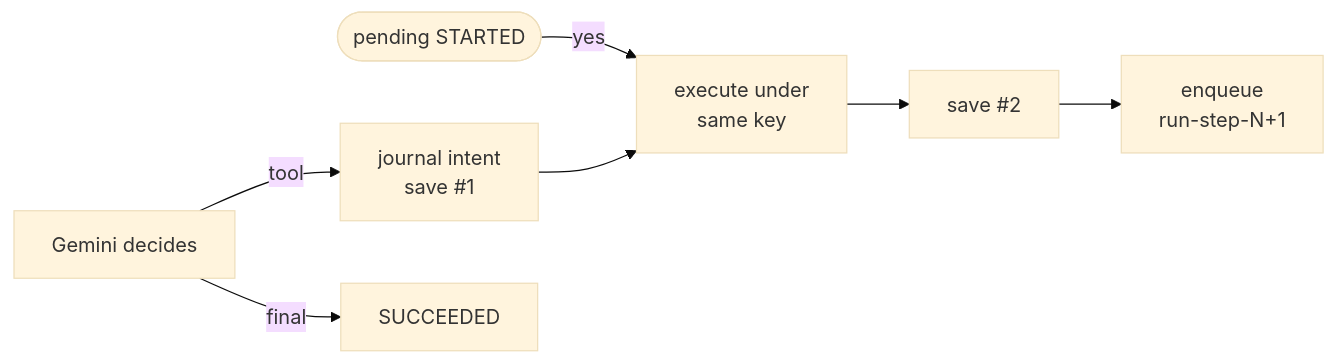
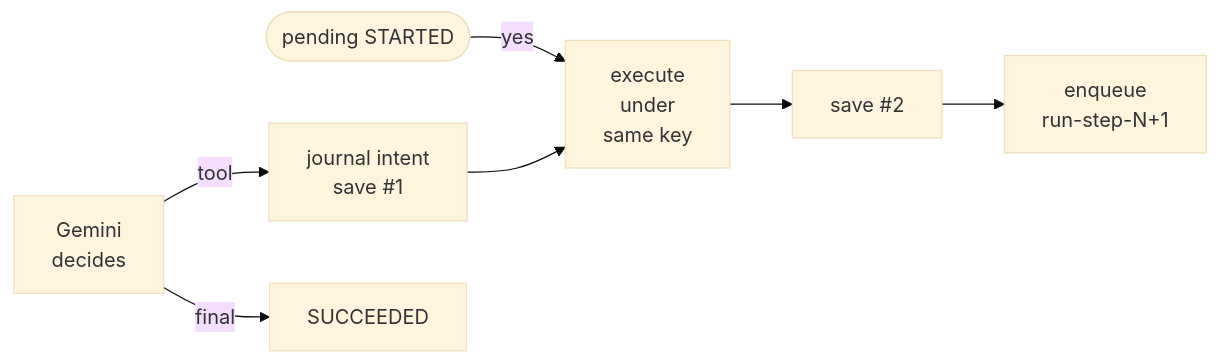
One commit to aniryou/full-stack-agentic-engineer changed the third of 4 diagrams in 07-application-agent-framework/long-running-durable/PRIMER.md. Above: the diagram before and after it, drawn with Mermaid (base theme). The commit also changed other lines of this file and 211 other files, not shown here.

````diff
--- a/07-application-agent-framework/long-running-durable/PRIMER.md
+++ b/07-application-agent-framework/long-running-durable/PRIMER.md
@@ -157,9 +159,10 @@
 ```mermaid
 flowchart LR
+  accTitle: A tool call goes through save #1, the execution and save #2 to the next enqueue, and a final answer ends in SUCCEEDED.
   P([pending STARTED]) -- yes --> X
-  M[Gemini decides] -- tool --> I[journal intent<br/>save #1]
-  I --> X[execute under<br/>same key]
+  M[Gemini<br/>decides] -- tool --> I[journal intent<br/>save #1]
+  I --> X[execute<br/>under<br/>same key]
   X --> C[save #2]
   C --> N[enqueue<br/>run-step-N+1]
   M -- final --> D[SUCCEEDED]
 ```
````
